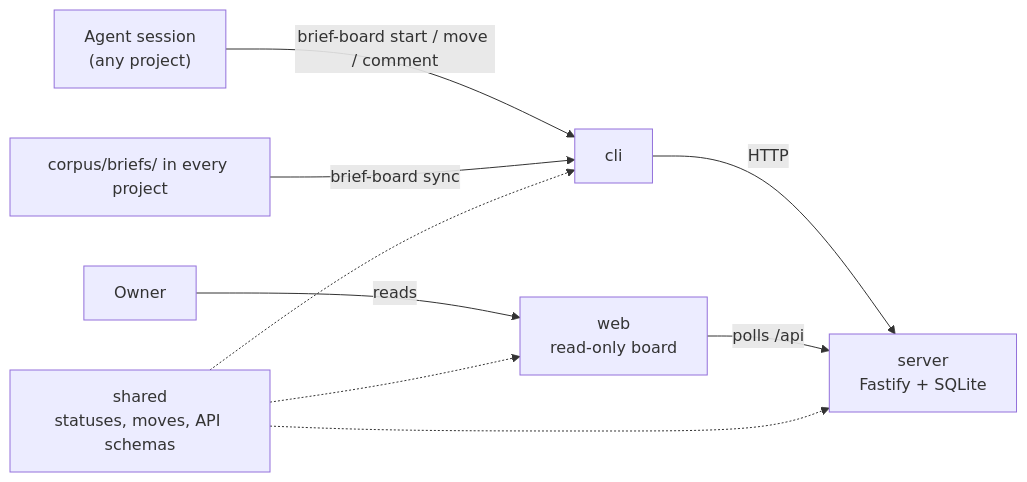
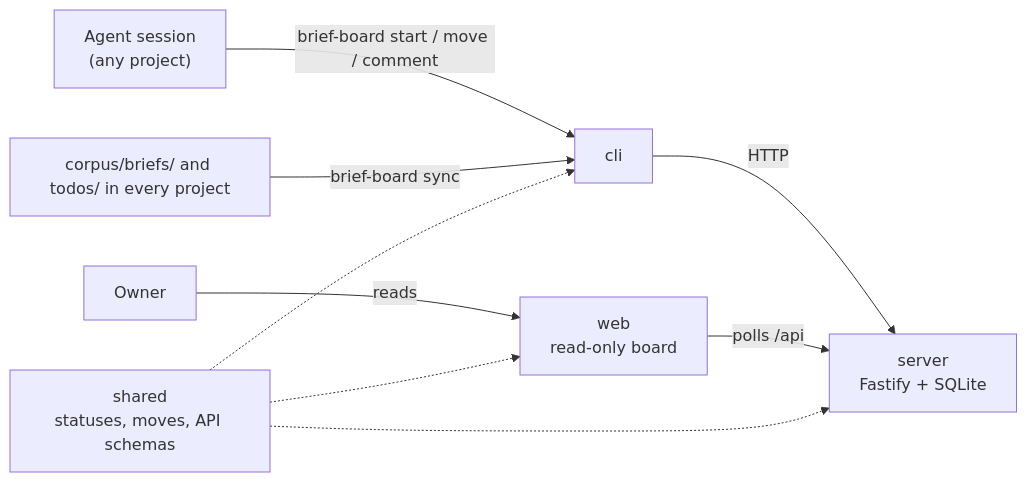
One commit to gandolh/the-board changed the diagram in docs/architecture.md. Above: the diagram before and after it, drawn with Mermaid. The commit also changed other lines of this file and 7 other files, not shown here.

Commit message:
Corpus: brief 06 done, a Backlog column for open todos

````diff
--- a/docs/architecture.md
+++ b/docs/architecture.md
@@ -5,9 +5,9 @@
 ```mermaid
 flowchart LR
   agent["Agent session<br/>(any project)"] -->|brief-board start / move / comment| cli[cli]
   owner["Owner"] -->|reads| web["web<br/>read-only board"]
   cli -->|HTTP| server["server<br/>Fastify + SQLite"]
   web -->|polls /api| server
-  corpora["corpus/briefs/ in every project"] -->|brief-board sync| cli
+  corpora["corpus/briefs/ and todos/ in every project"] -->|brief-board sync| cli
   shared["shared<br/>statuses, moves, API schemas"] -.-> cli & server & web
 ```
````
